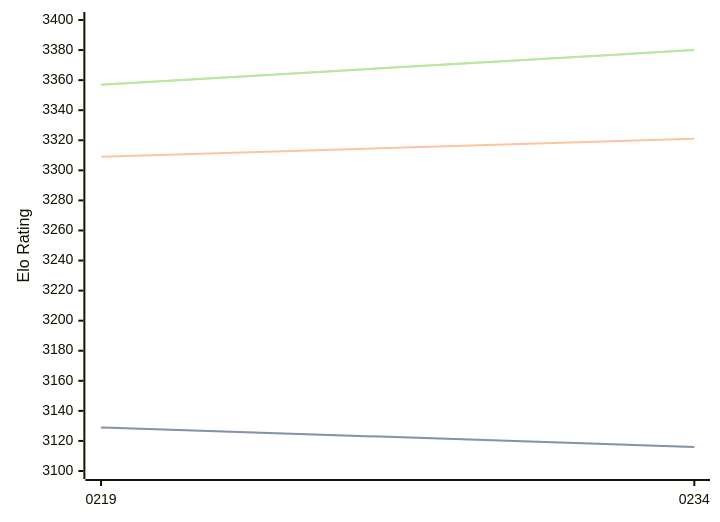
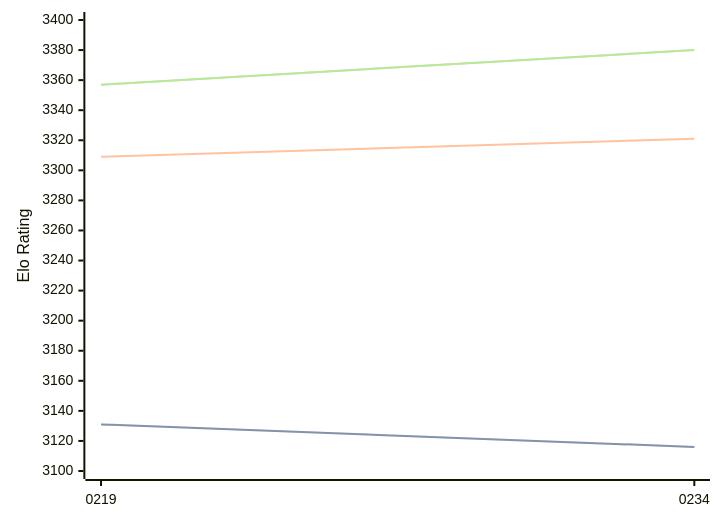
One commit to computer-chess-index/cci changed the diagram in engines/Ynode.md. Above: the diagram before and after it, drawn with Mermaid. The commit also changed other lines of this file, not shown here.

````diff
--- a/engines/Ynode.md
+++ b/engines/Ynode.md
@@ -39,11 +39,11 @@
 ```mermaid
 %%{init: {"theme":"base","themeVariables":{"seriesColors:['#a3a3a3','#222221','#faa371']}}}%%
 xychart-beta
   x-axis ["0219", "0234"]
   y-axis "Elo Rating" 3100 --> 3400
-  line "STC (8.0+0.08s)" [3129, 3116]
-  line "STC (8.0+0.08s)" [3129, 3116]
+  line "STC (8.0+0.08s)" [3131, 3116]
+  line "STC (8.0+0.08s)" [3131, 3116]
   line "LTC (60.0+0.60s)" [3309, 3321]
   line "VLTC (2m24s+1.12s)" [3357, 3380]
   line "VLTC (2m24s+1.12s)" [3357, 3380]
 ```
````
